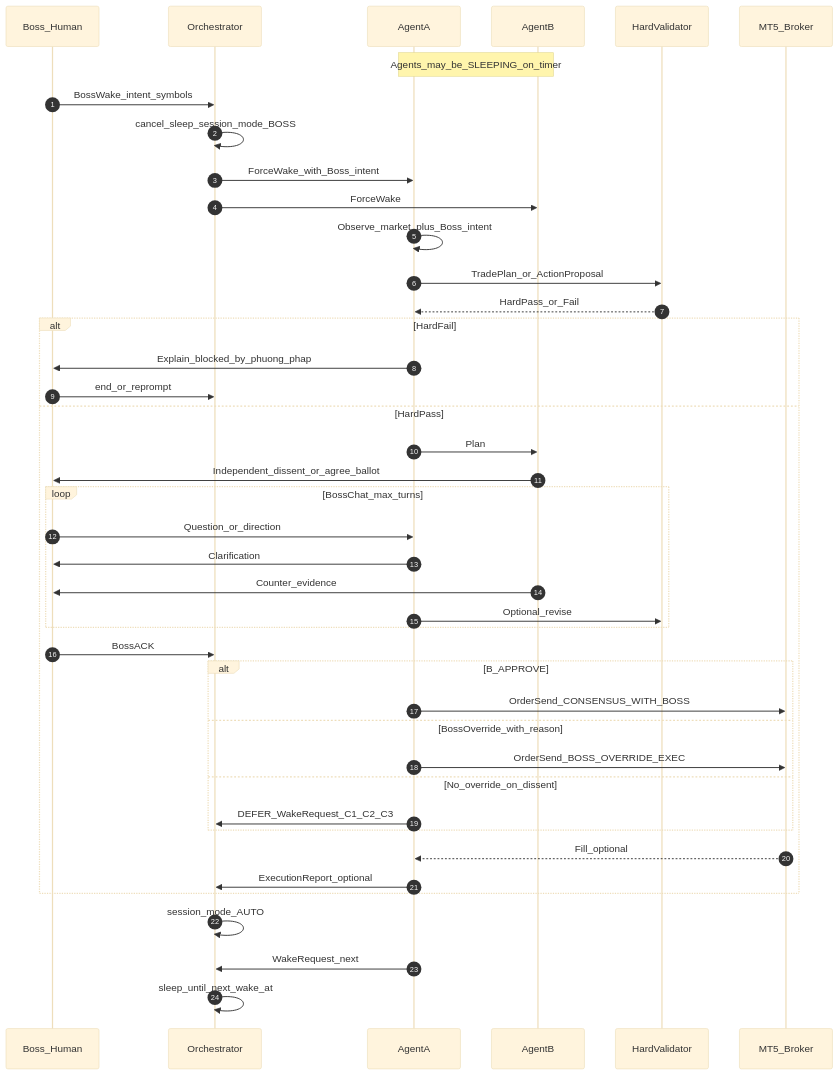
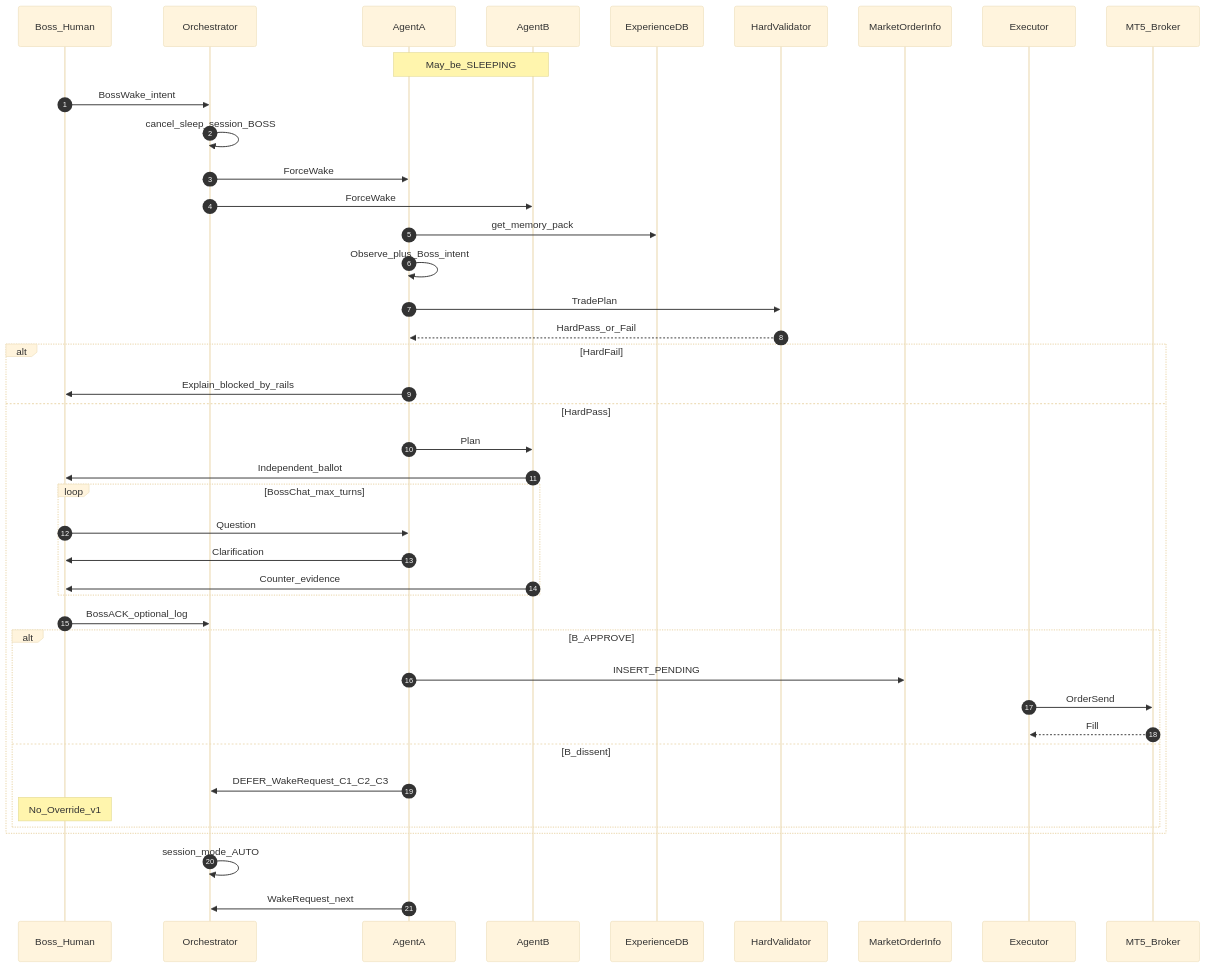
One commit to nguyenhongdat09/doctradingagent2agent changed the diagram in doc/doc_agents/diagrams/A05-boss-interrupt.mmd. Above: the diagram before and after it, drawn with Mermaid (base theme). The commit also changed 48 other files, not shown here.

```diff
--- a/doc/doc_agents/diagrams/A05-boss-interrupt.mmd
+++ b/doc/doc_agents/diagrams/A05-boss-interrupt.mmd
@@ -1,47 +1,44 @@
-%% A05 — Boss interrupt: wake sleeping agents → chat → ACK → A OrderSend
-%% Spec: 11-boss-interrupt-flow
-
+%% A05 — Boss interrupt v1: no Override; B.APPROVE required to enqueue
 sequenceDiagram
   autonumber
   participant Boss as Boss_Human
   participant Orch as Orchestrator
   participant A as AgentA
   participant B as AgentB
+  participant Exp as ExperienceDB
   participant HV as HardValidator
+  participant Q as MarketOrderInfo
+  participant EX as Executor
   participant MT5 as MT5_Broker
 
-  Note over A,B: Agents_may_be_SLEEPING_on_timer
-  Boss->>Orch: BossWake_intent_symbols
-  Orch->>Orch: cancel_sleep_session_mode_BOSS
-  Orch->>A: ForceWake_with_Boss_intent
+  Note over A,B: May_be_SLEEPING
+  Boss->>Orch: BossWake_intent
+  Orch->>Orch: cancel_sleep_session_BOSS
+  Orch->>A: ForceWake
   Orch->>B: ForceWake
-
-  A->>A: Observe_market_plus_Boss_intent
-  A->>HV: TradePlan_or_ActionProposal
+  A->>Exp: get_memory_pack
+  A->>A: Observe_plus_Boss_intent
+  A->>HV: TradePlan
   HV-->>A: HardPass_or_Fail
   alt HardFail
-    A->>Boss: Explain_blocked_by_phuong_phap
-    Boss->>Orch: end_or_reprompt
+    A->>Boss: Explain_blocked_by_rails
   else HardPass
     A->>B: Plan
-    B->>Boss: Independent_dissent_or_agree_ballot
+    B->>Boss: Independent_ballot
     loop BossChat_max_turns
-      Boss->>A: Question_or_direction
+      Boss->>A: Question
       A->>Boss: Clarification
       B->>Boss: Counter_evidence
-      A->>HV: Optional_revise
     end
-    Boss->>Orch: BossACK
+    Boss->>Orch: BossACK_optional_log
     alt B_APPROVE
-      A->>MT5: OrderSend_CONSENSUS_WITH_BOSS
-    else BossOverride_with_reason
-      A->>MT5: OrderSend_BOSS_OVERRIDE_EXEC
-    else No_override_on_dissent
+      A->>Q: INSERT_PENDING
+      EX->>MT5: OrderSend
+      MT5-->>EX: Fill
+    else B_dissent
       A->>Orch: DEFER_WakeRequest_C1_C2_C3
+      Note over Boss: No_Override_v1
     end
-    MT5-->>A: Fill_optional
-    A->>Orch: ExecutionReport_optional
   end
   Orch->>Orch: session_mode_AUTO
   A->>Orch: WakeRequest_next
-  Orch->>Orch: sleep_until_next_wake_at
```
